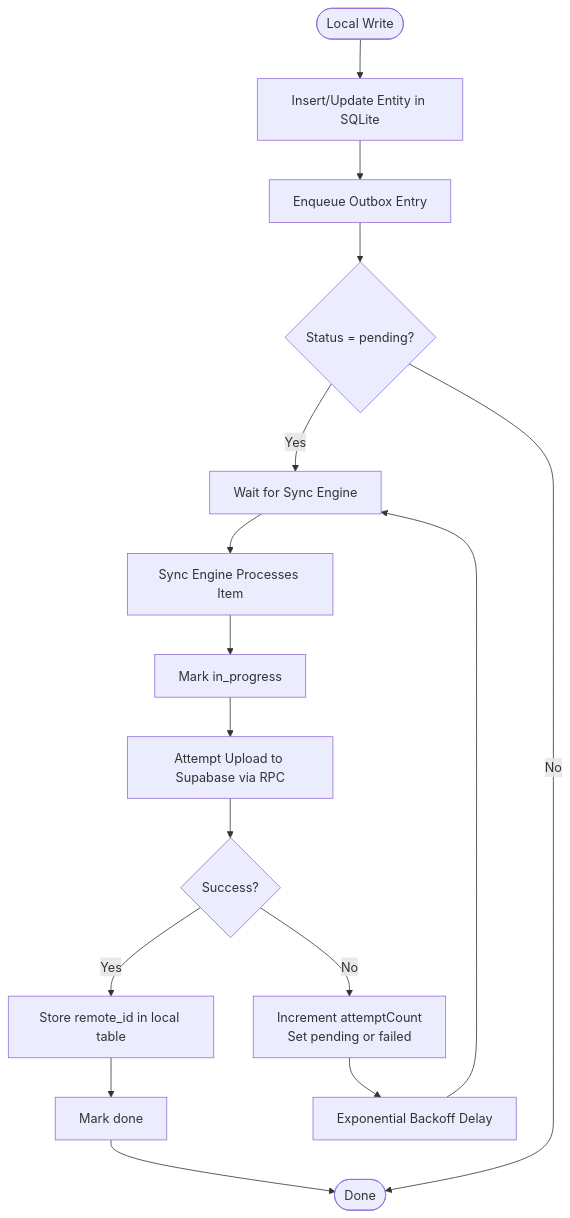
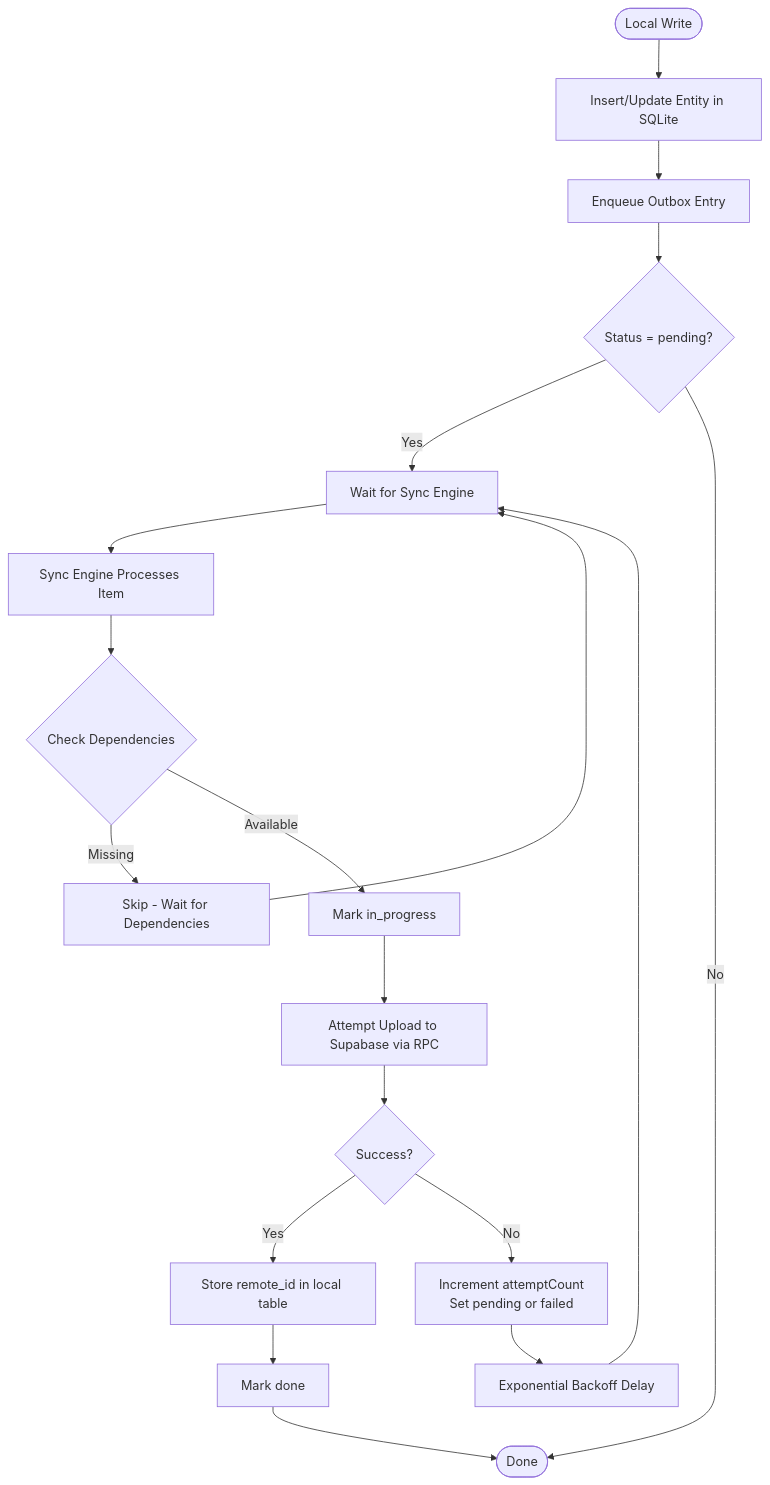
One commit to AdeelTahir-SE/DermSight changed the fifth of 11 diagrams in .qoder/repowiki/en/content/Synchronization System.md. Above: the diagram before and after it, drawn with Mermaid. The commit also changed other lines of this file and 43 other files, not shown here.

````diff
--- a/.qoder/repowiki/en/content/Synchronization System.md
+++ b/.qoder/repowiki/en/content/Synchronization System.md
@@ -319,18 +390,21 @@
 ```mermaid
 flowchart TD
 Start(["Local Write"]) --> InsertEntity["Insert/Update Entity in SQLite"]
 InsertEntity --> Enqueue["Enqueue Outbox Entry"]
 Enqueue --> StatusPending{"Status = pending?"}
 StatusPending --> |Yes| WaitForSync["Wait for Sync Engine"]
 StatusPending --> |No| End(["Done"])
 WaitForSync --> Process["Sync Engine Processes Item"]
-Process --> UpdateStatus["Mark in_progress"]
+Process --> CheckDeps{"Check Dependencies"}
+CheckDeps --> |Missing| Skip["Skip - Wait for Dependencies"]
+CheckDeps --> |Available| UpdateStatus["Mark in_progress"]
 UpdateStatus --> AttemptUpload["Attempt Upload to Supabase via RPC"]
 AttemptUpload --> Success{"Success?"}
 Success --> |Yes| StoreRemoteId["Store remote_id in local table"]
 StoreRemoteId --> MarkDone["Mark done"]
 Success --> |No| RetryLogic["Increment attemptCount<br/>Set pending or failed"]
 RetryLogic --> Backoff["Exponential Backoff Delay"]
 Backoff --> WaitForSync
 MarkDone --> End
+Skip --> WaitForSync
 ```
````
